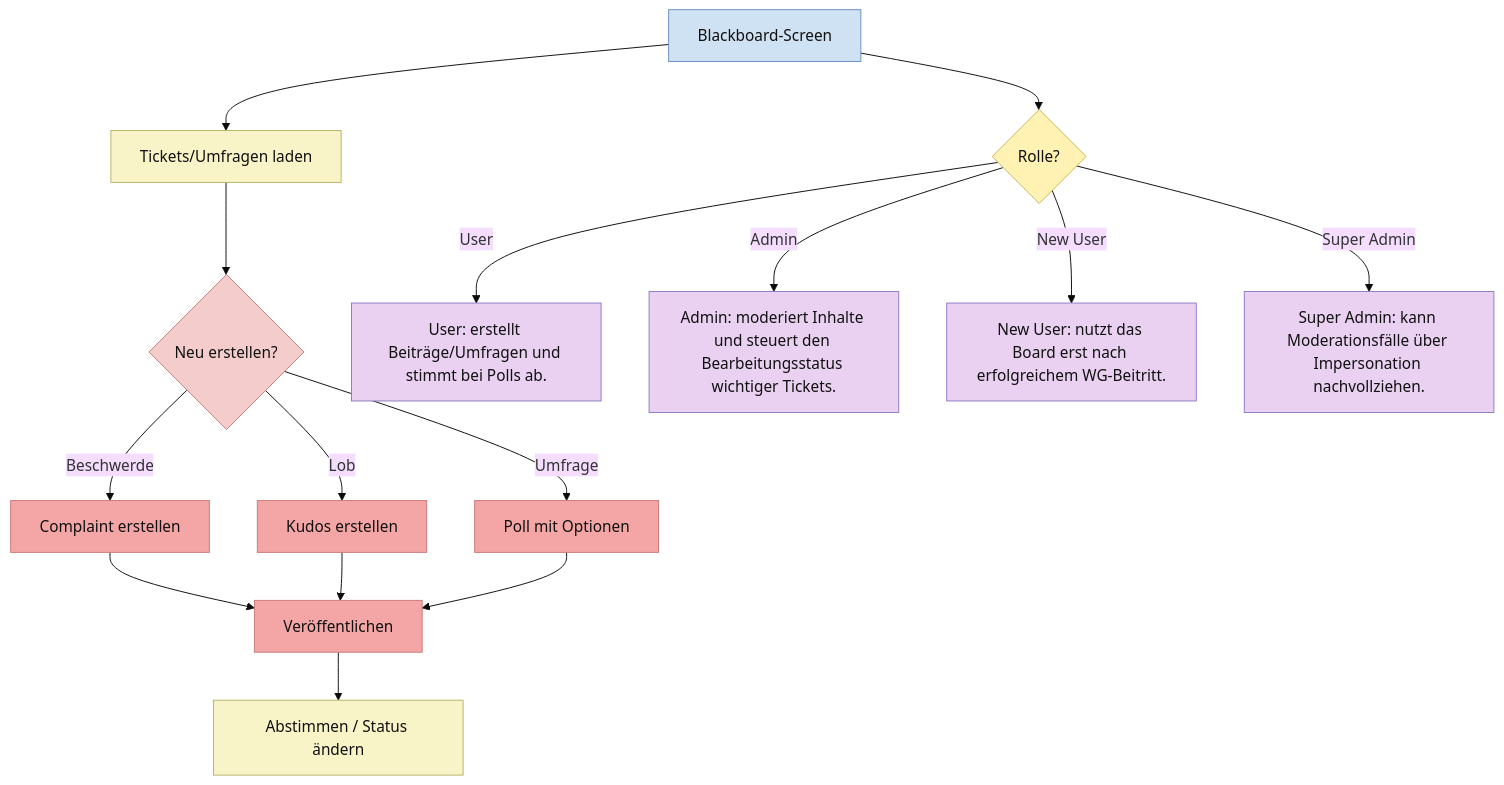
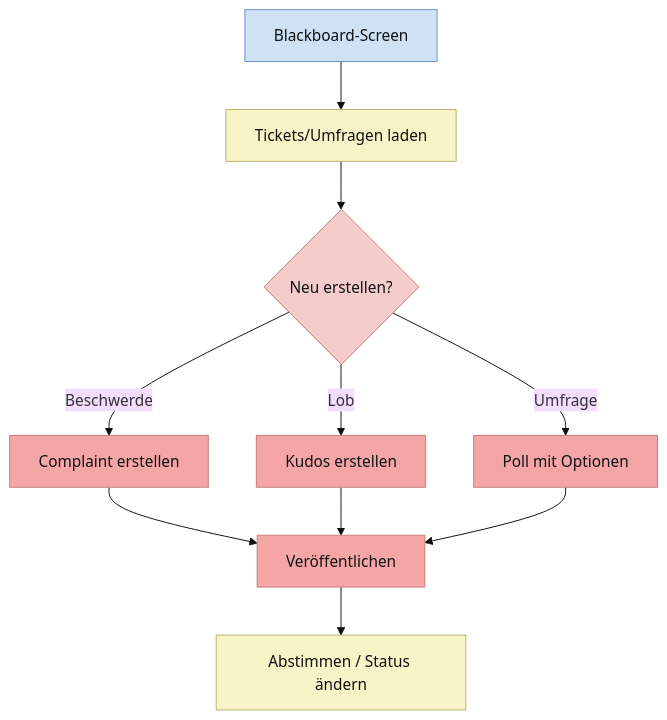
Before and after one commit to Nejy190501/WGManager: diagram 16 of 27 in ABLAUFDIAGRAMM.md, drawn with Mermaid (base theme). The commit also changed other lines of this file, not shown here.

````diff
--- a/ABLAUFDIAGRAMM.md
+++ b/ABLAUFDIAGRAMM.md
@@ -814,38 +632,25 @@
 ```mermaid
 flowchart TD
     A["Blackboard-Screen"] --> B["Tickets/Umfragen laden"]
     B --> C{"Neu erstellen?"}
     C -->|Beschwerde| D["Complaint erstellen"]
     C -->|Lob| E["Kudos erstellen"]
     C -->|Umfrage| F["Poll mit Optionen"]
     D --> G["Veröffentlichen"]
     E --> G
     F --> G
     G --> H["Abstimmen / Status ändern"]
-
-
-    A --> RLQ{"Rolle?"}
-    RLU["User: erstellt Beiträge/Umfragen und stimmt bei Polls ab."]
-    RLA["Admin: moderiert Inhalte und steuert den Bearbeitungsstatus wichtiger Tickets."]
-    RLN["New User: nutzt das Board erst nach erfolgreichem WG-Beitritt."]
-    RLS["Super Admin: kann Moderationsfälle über Impersonation nachvollziehen."]
-    RLQ -->|User| RLU
-    RLQ -->|Admin| RLA
-    RLQ -->|New User| RLN
-    RLQ -->|Super Admin| RLS
 
     classDef userAction fill:#ead1f2,stroke:#8e7cc3,color:#111;
     classDef systemAction fill:#f9f4c7,stroke:#b7b26a,color:#111;
     classDef userDecision fill:#f4cccc,stroke:#cc7a7a,color:#111;
     classDef systemDecision fill:#fff2b2,stroke:#c9b458,color:#111;
     classDef button fill:#f4a6a6,stroke:#c97b7b,color:#111;
     classDef userInput fill:#f8d7da,stroke:#d49aa2,color:#111;
     classDef screen fill:#cfe2f3,stroke:#6c8ebf,color:#111;
 
     class B,H systemAction;
     class C userDecision;
     class D,E,F,G button;
     class A screen;
-    class RLQ systemDecision;
-    class RLU,RLA,RLN,RLS userAction;
 ```
````
